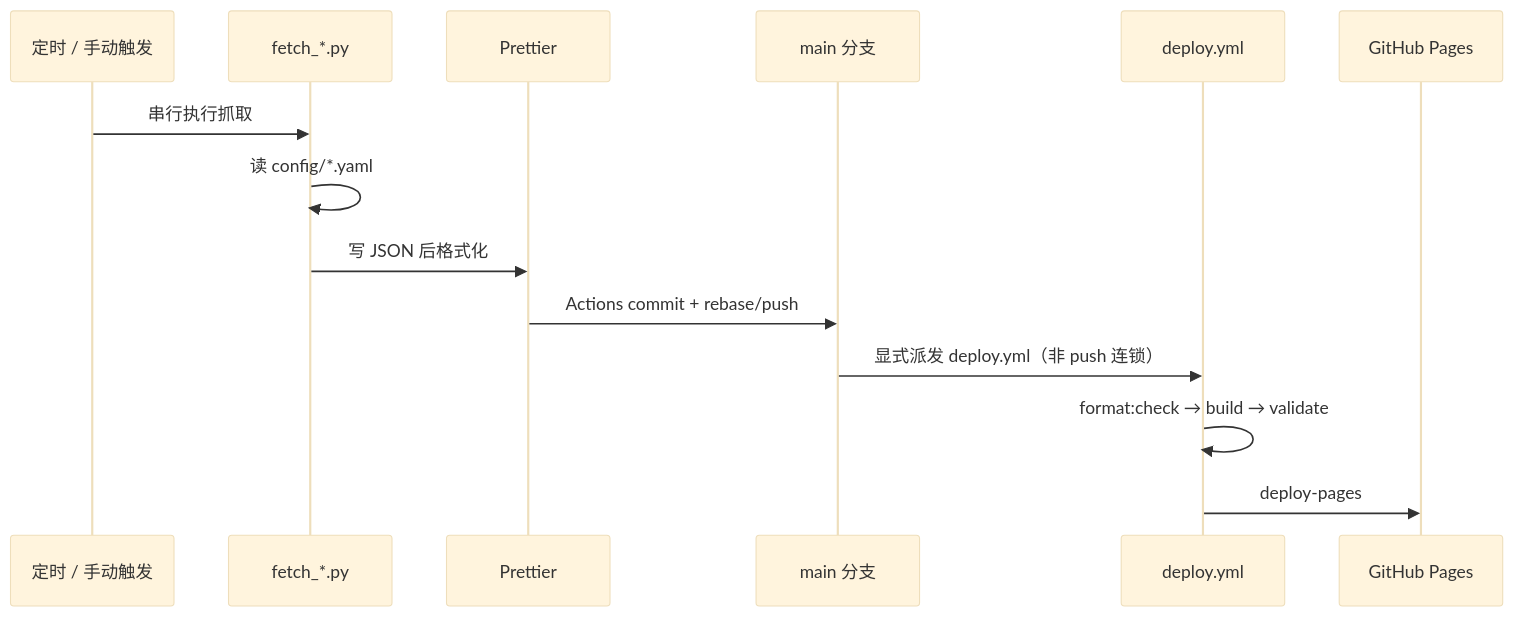
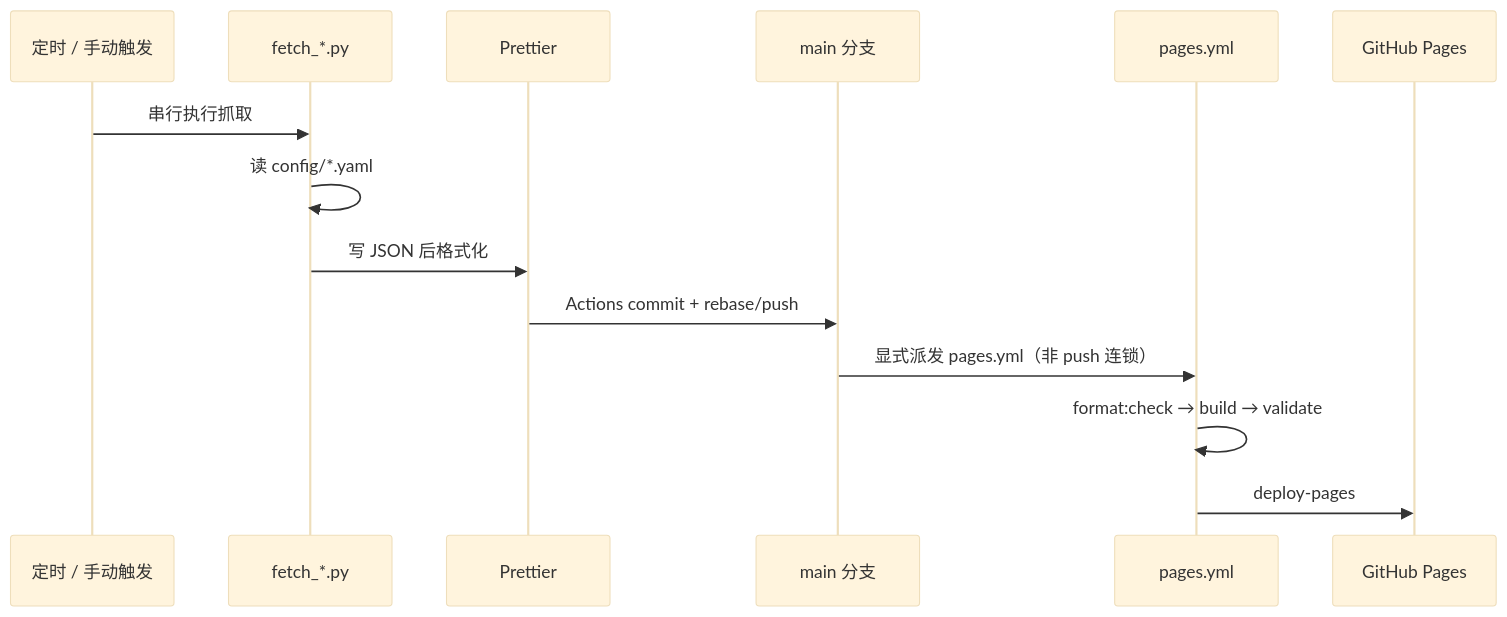
Before and after one commit to bio-apple/ai: the second of 2 diagrams in docs/CONTENT-OPS.md, drawn with Mermaid (base theme). The commit also changed other lines of this file and 19 other files, not shown here.

````diff
--- a/docs/CONTENT-OPS.md
+++ b/docs/CONTENT-OPS.md
@@ -86,17 +88,17 @@
 ```mermaid
 sequenceDiagram
   participant Cron as 定时 / 手动触发
   participant Script as fetch_*.py
   participant Fmt as Prettier
   participant Git as main 分支
-  participant Deploy as deploy.yml
+  participant Deploy as pages.yml
   participant CDN as GitHub Pages
 
   Cron->>Script: 串行执行抓取
   Script->>Script: 读 config/*.yaml
   Script->>Fmt: 写 JSON 后格式化
   Fmt->>Git: Actions commit + rebase/push
-  Git->>Deploy: 显式派发 deploy.yml（非 push 连锁）
+  Git->>Deploy: 显式派发 pages.yml（非 push 连锁）
   Deploy->>Deploy: format:check → build → validate
   Deploy->>CDN: deploy-pages
 ```
````
